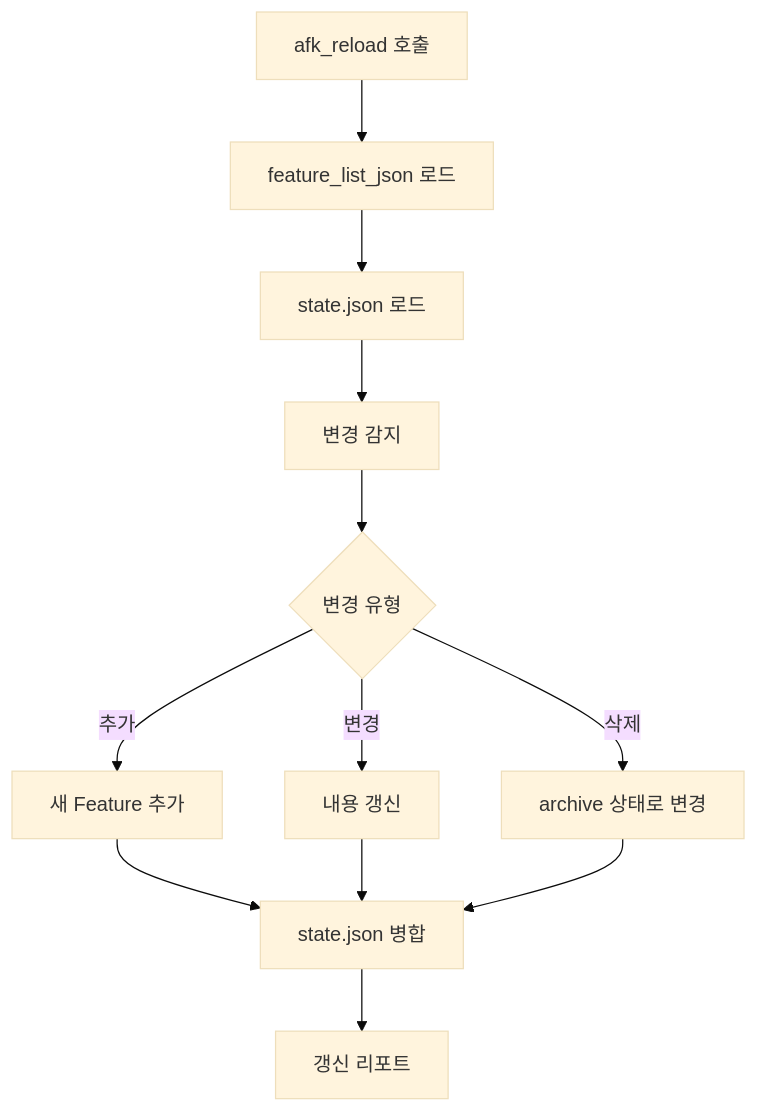
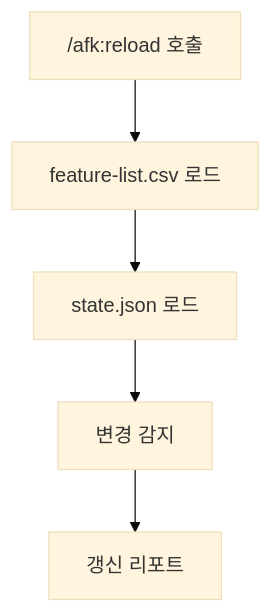
The eighth of 8 diagrams in docs/commands.md (robinseo/afk-mod), drawn with Mermaid (base theme) before and after one commit. The commit also changed other lines of this file and 11 other files, not shown here.

````diff
--- a/docs/commands.md
+++ b/docs/commands.md
@@ -397,18 +267,7 @@
 ```mermaid
 flowchart TD
-    A[afk_reload 호출] --> B[feature_list_json 로드]
+    A["/afk:reload 호출"] --> B[feature-list.csv 로드]
     B --> C[state.json 로드]
-
     C --> D[변경 감지]
-    D --> E{변경 유형}
-
-    E -->|추가| F[새 Feature 추가]
-    E -->|변경| G[내용 갱신]
-    E -->|삭제| H[archive 상태로 변경]
-
-    F --> I[state.json 병합]
-    G --> I
-    H --> I
-
-    I --> J[갱신 리포트]
+    D --> E[갱신 리포트]
 ```
````
